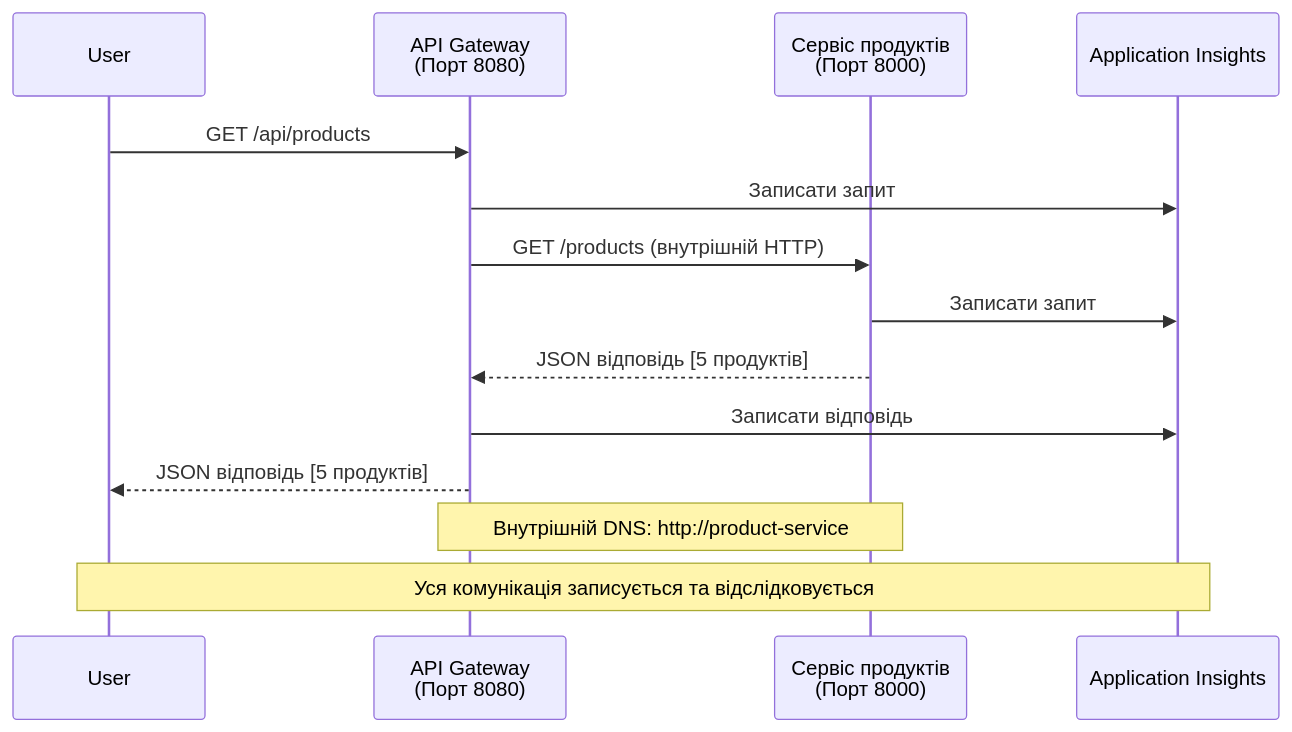
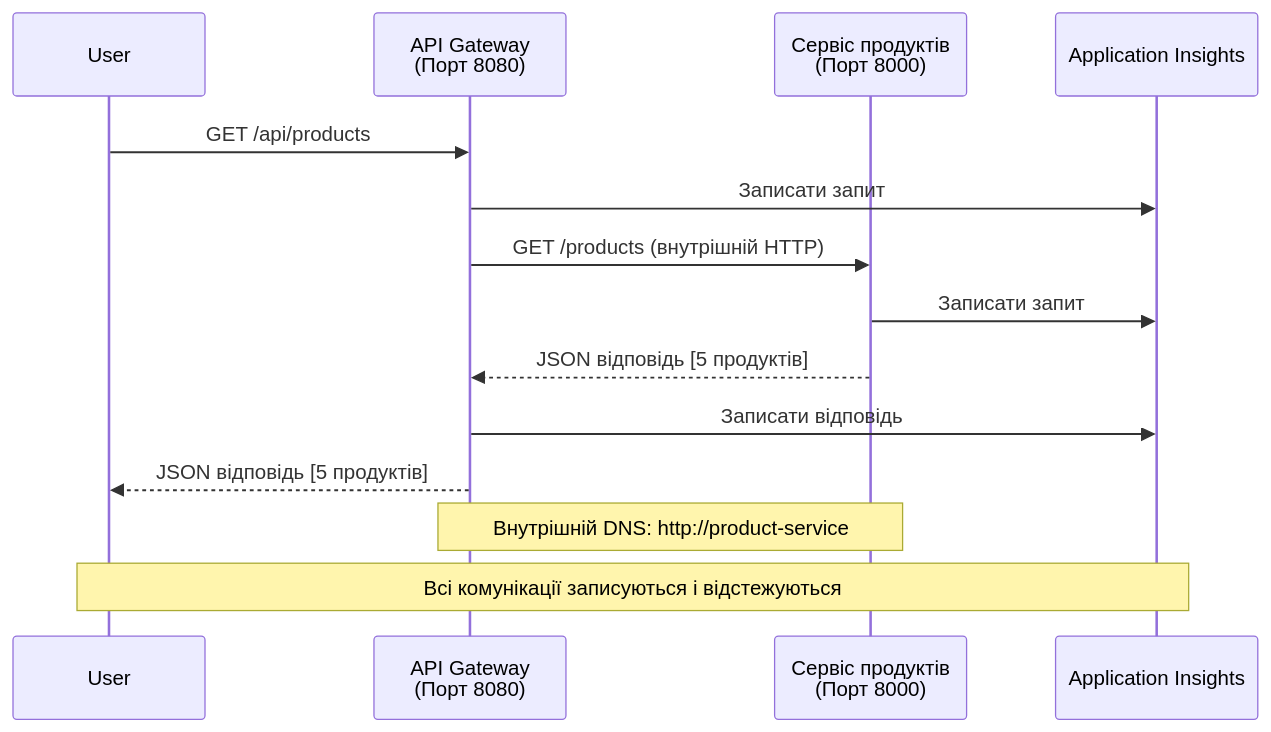
Before and after one commit to microsoft/AZD-for-beginners: the fourth of 4 diagrams in translations/uk/examples/microservices/README.md, drawn with Mermaid. The commit also changed other lines of this file and 242 other files, not shown here.

````diff
--- a/translations/uk/examples/microservices/README.md
+++ b/translations/uk/examples/microservices/README.md
@@ -432,18 +423,18 @@
 ```mermaid
 sequenceDiagram
     participant User
     participant Gateway as API Gateway<br/>(Порт 8080)
     participant Product as Сервіс продуктів<br/>(Порт 8000)
     participant AI as Application Insights
     
     User->>Gateway: GET /api/products
     Gateway->>AI: Записати запит
     Gateway->>Product: GET /products (внутрішній HTTP)
     Product->>AI: Записати запит
     Product-->>Gateway: JSON відповідь [5 продуктів]
     Gateway->>AI: Записати відповідь
     Gateway-->>User: JSON відповідь [5 продуктів]
     
     Note over Gateway,Product: Внутрішній DNS: http://product-service
-    Note over User,AI: Уся комунікація записується та відслідковується
-```
+    Note over User,AI: Всі комунікації записуються і відстежуються
+```  
````
